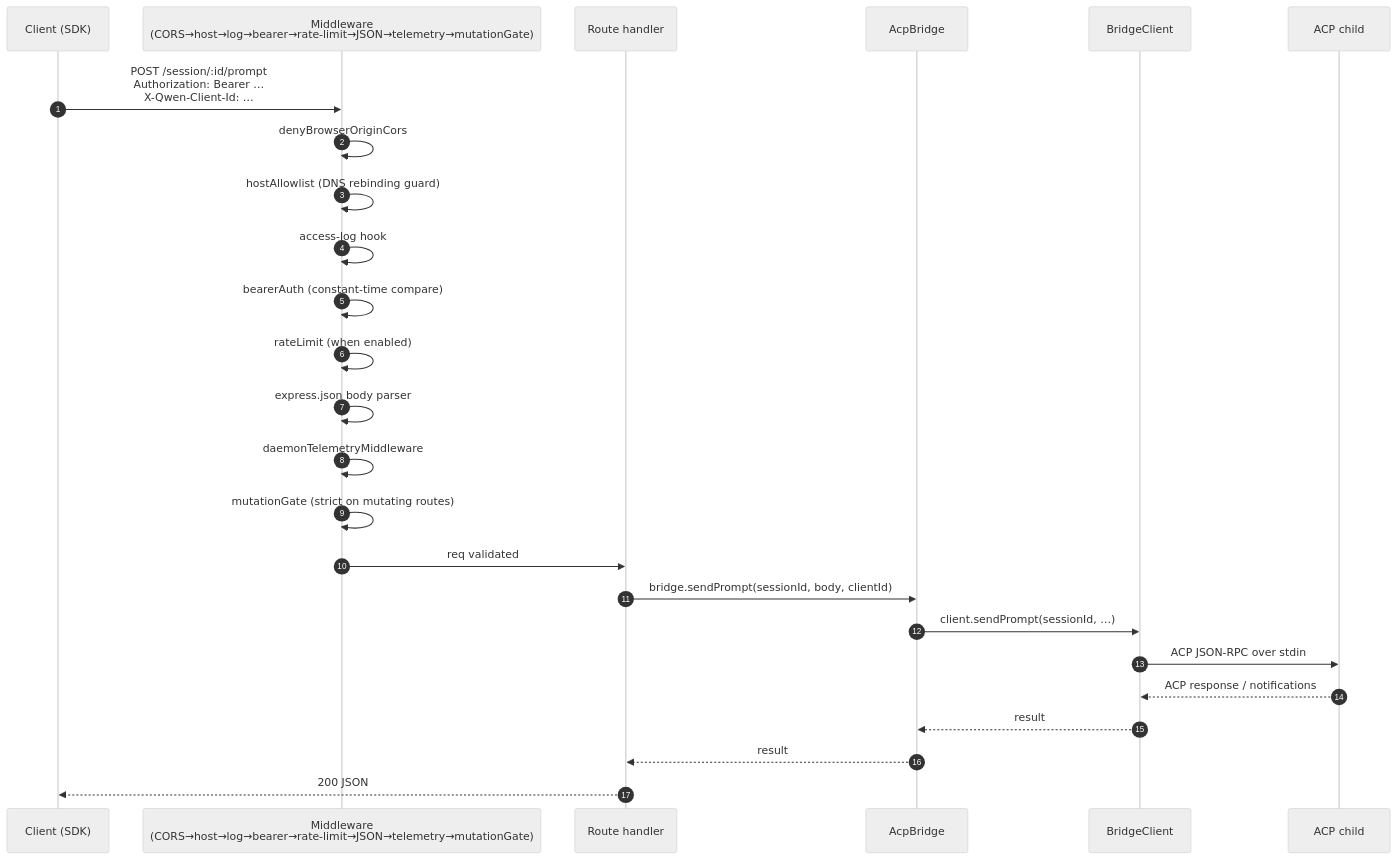
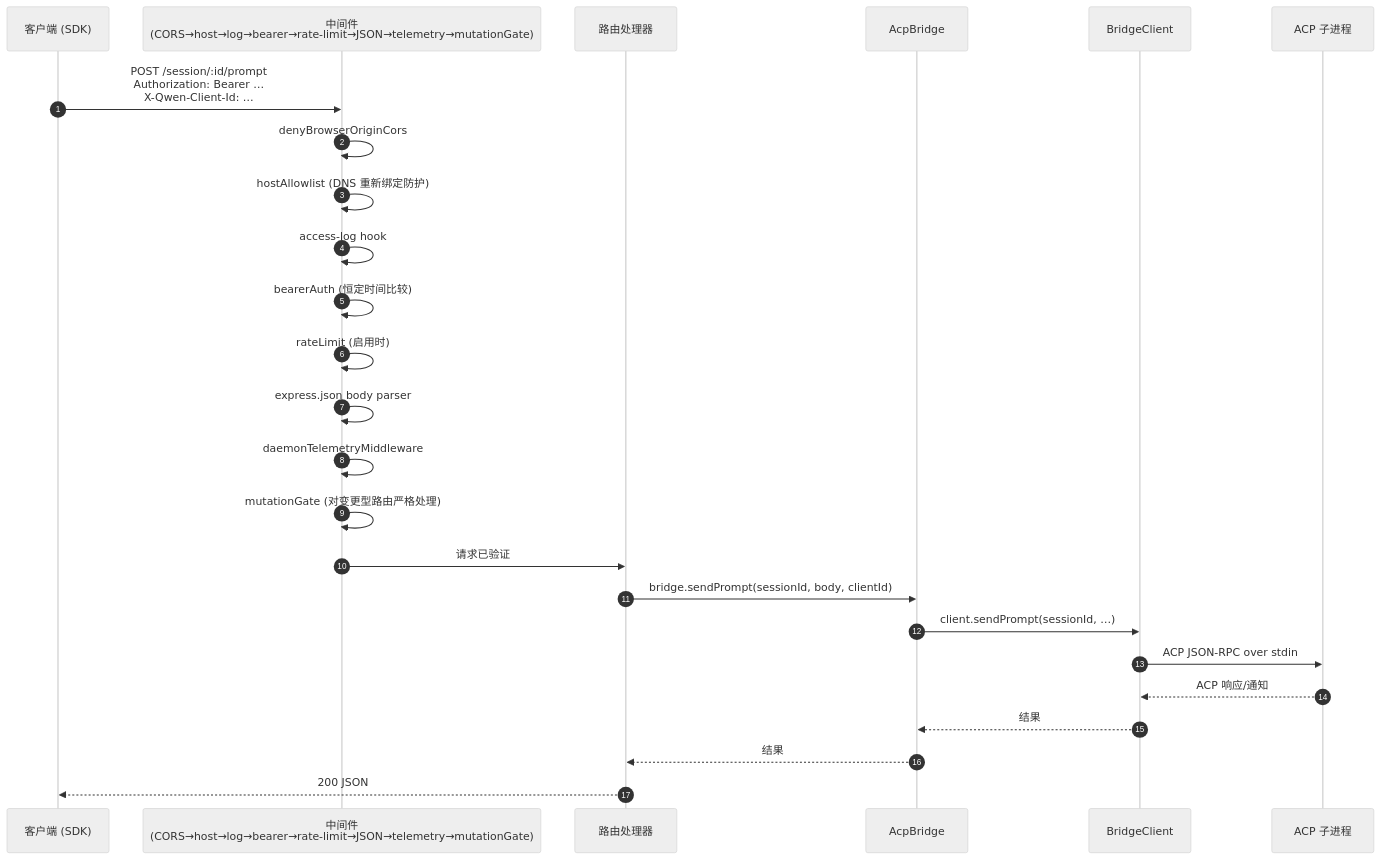
Before and after one commit to QwenLM/qwen-code-docs: the third of 7 diagrams in website/content/zh/developers/daemon/01-architecture.md, drawn with Mermaid (neutral theme). The commit also changed other lines of this file and 1077 other files, not shown here.

````diff
--- a/website/content/zh/developers/daemon/01-architecture.md
+++ b/website/content/zh/developers/daemon/01-architecture.md
@@ -146,28 +146,28 @@
 ```mermaid
 sequenceDiagram
     autonumber
-    participant C as Client (SDK)
-    participant MW as Middleware<br/>(CORS→host→log→bearer→rate-limit→JSON→telemetry→mutationGate)
-    participant R as Route handler
+    participant C as 客户端 (SDK)
+    participant MW as 中间件<br/>(CORS→host→log→bearer→rate-limit→JSON→telemetry→mutationGate)
+    participant R as 路由处理器
     participant BR as AcpBridge
     participant BC as BridgeClient
-    participant CH as ACP child
+    participant CH as ACP 子进程
 
     C->>MW: POST /session/:id/prompt<br/>Authorization: Bearer …<br/>X-Qwen-Client-Id: …
     MW->>MW: denyBrowserOriginCors
-    MW->>MW: hostAllowlist (DNS rebinding guard)
+    MW->>MW: hostAllowlist (DNS 重新绑定防护)
     MW->>MW: access-log hook
-    MW->>MW: bearerAuth (constant-time compare)
-    MW->>MW: rateLimit (when enabled)
+    MW->>MW: bearerAuth (恒定时间比较)
+    MW->>MW: rateLimit (启用时)
     MW->>MW: express.json body parser
     MW->>MW: daemonTelemetryMiddleware
-    MW->>MW: mutationGate (strict on mutating routes)
-    MW->>R: req validated
+    MW->>MW: mutationGate (对变更型路由严格处理)
+    MW->>R: 请求已验证
     R->>BR: bridge.sendPrompt(sessionId, body, clientId)
     BR->>BC: client.sendPrompt(sessionId, …)
     BC->>CH: ACP JSON-RPC over stdin
-    CH-->>BC: ACP response / notifications
-    BC-->>BR: result
-    BR-->>R: result
+    CH-->>BC: ACP 响应/通知
+    BC-->>BR: 结果
+    BR-->>R: 结果
     R-->>C: 200 JSON
 ```
````
